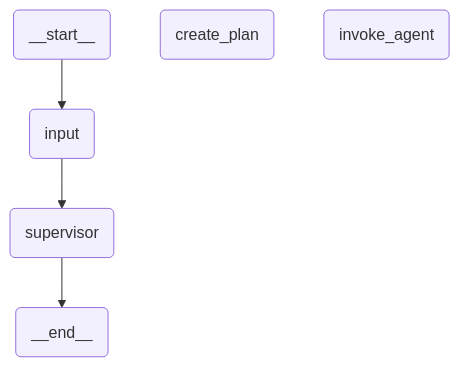
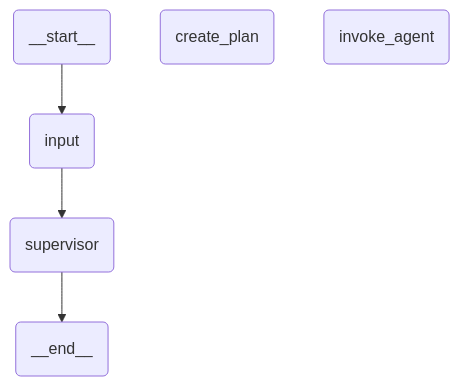
The diagram in samples/multi-agent-planner-researcher-coder-distributed/planner.mermaid (UiPath/uipath-langchain-python), drawn with Mermaid before and after one commit. The commit also changed 72 other files, not shown here.

```diff
--- a/samples/multi-agent-planner-researcher-coder-distributed/planner.mermaid
+++ b/samples/multi-agent-planner-researcher-coder-distributed/planner.mermaid
@@ -1,18 +1,10 @@
----
-config:
-  flowchart:
-    curve: linear
----
-graph TD;
-	__start__(<p>__start__</p>)
-	input(input)
-	create_plan(create_plan)
-	supervisor(supervisor)
-	invoke_agent(invoke_agent)
-	__end__(<p>__end__</p>)
-	__start__ --> input;
-	input --> supervisor;
-	supervisor --> __end__;
-	classDef default fill:#f2f0ff,line-height:1.2
-	classDef first fill-opacity:0
-	classDef last fill:#bfb6fc
+flowchart TB
+  __start__(__start__)
+  input(input)
+  create_plan(create_plan)
+  supervisor(supervisor)
+  invoke_agent(invoke_agent)
+  __end__(__end__)
+  __start__ --> input
+  input --> supervisor
+  supervisor --> __end__
```
